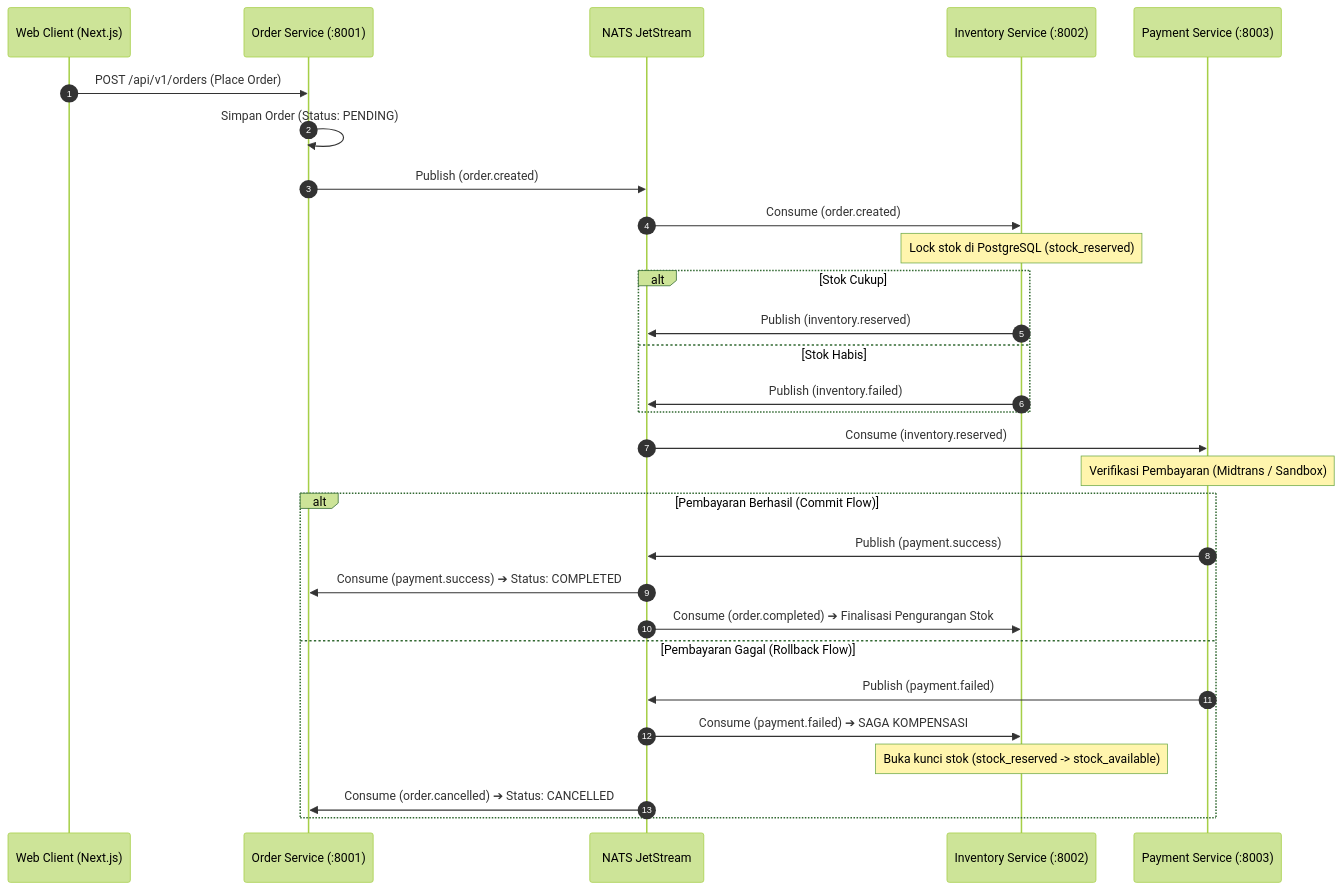
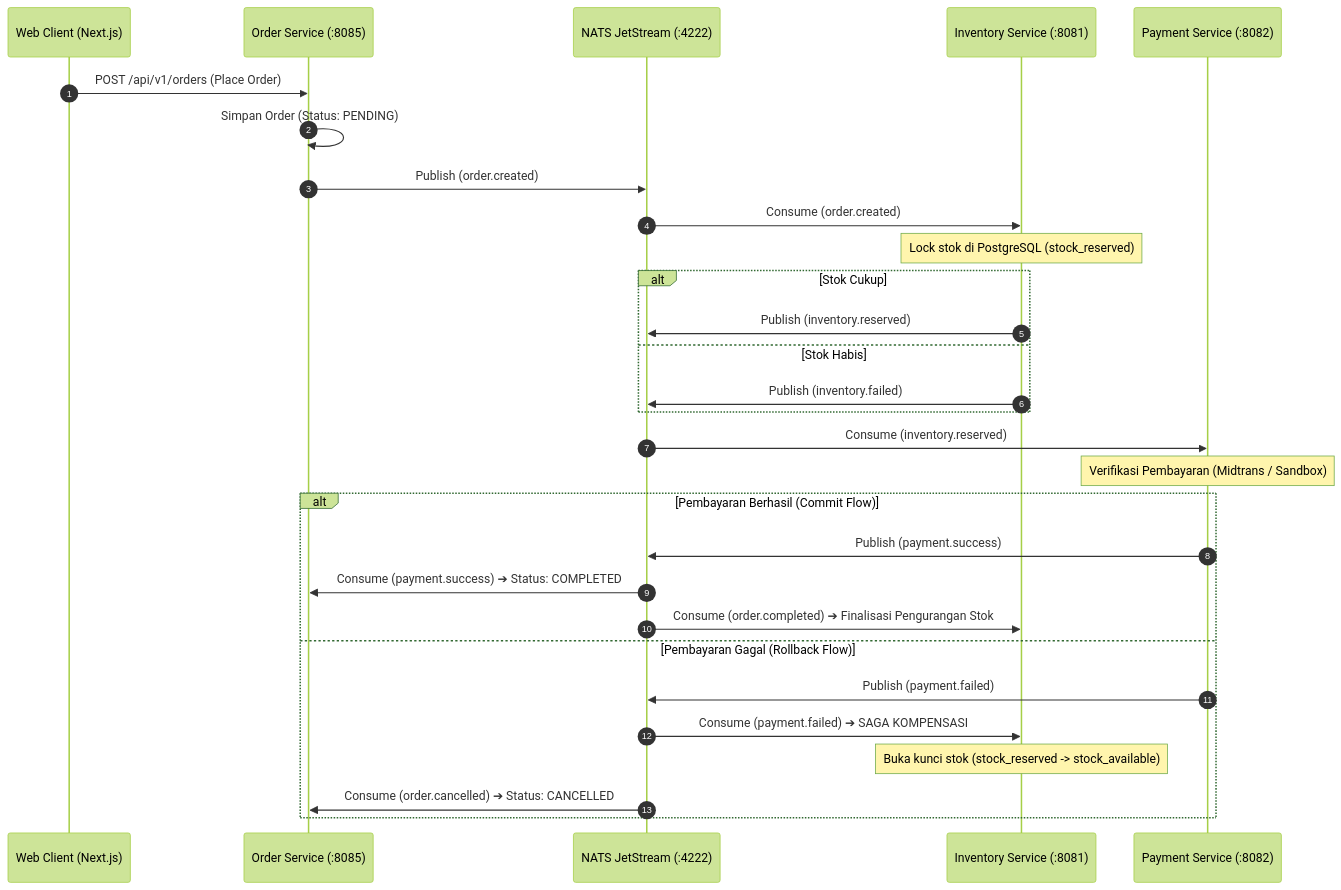
The diagram in README.md (Salman-artz/order-processing-system_backend), drawn with Mermaid (forest theme) before and after one commit. The commit also changed other lines of this file and 9 other files, not shown here.

Commit message:
feat(infra): deploy real dockerized microservices stack with live NATS JetStream and PostgreSQL persistence

````diff
--- a/README.md
+++ b/README.md
@@ -32,34 +35,34 @@
 ```mermaid
 sequenceDiagram
     autonumber
     participant Client as Web Client (Next.js)
-    participant Order as Order Service (:8001)
-    participant NATS as NATS JetStream
-    participant Inv as Inventory Service (:8002)
-    participant Pay as Payment Service (:8003)
+    participant Order as Order Service (:8085)
+    participant NATS as NATS JetStream (:4222)
+    participant Inv as Inventory Service (:8081)
+    participant Pay as Payment Service (:8082)
 
     Client->>Order: POST /api/v1/orders (Place Order)
     Order->>Order: Simpan Order (Status: PENDING)
     Order->>NATS: Publish (order.created)
     
     NATS->>Inv: Consume (order.created)
     Note over Inv: Lock stok di PostgreSQL (stock_reserved)
     alt Stok Cukup
         Inv->>NATS: Publish (inventory.reserved)
     else Stok Habis
         Inv->>NATS: Publish (inventory.failed)
     end
 
     NATS->>Pay: Consume (inventory.reserved)
     Note over Pay: Verifikasi Pembayaran (Midtrans / Sandbox)
     alt Pembayaran Berhasil (Commit Flow)
         Pay->>NATS: Publish (payment.success)
         NATS->>Order: Consume (payment.success) ➔ Status: COMPLETED
         NATS->>Inv: Consume (order.completed) ➔ Finalisasi Pengurangan Stok
     else Pembayaran Gagal (Rollback Flow)
         Pay->>NATS: Publish (payment.failed)
         NATS->>Inv: Consume (payment.failed) ➔ SAGA KOMPENSASI
         Note over Inv: Buka kunci stok (stock_reserved -> stock_available)
         NATS->>Order: Consume (order.cancelled) ➔ Status: CANCELLED
     end
 ```
````
